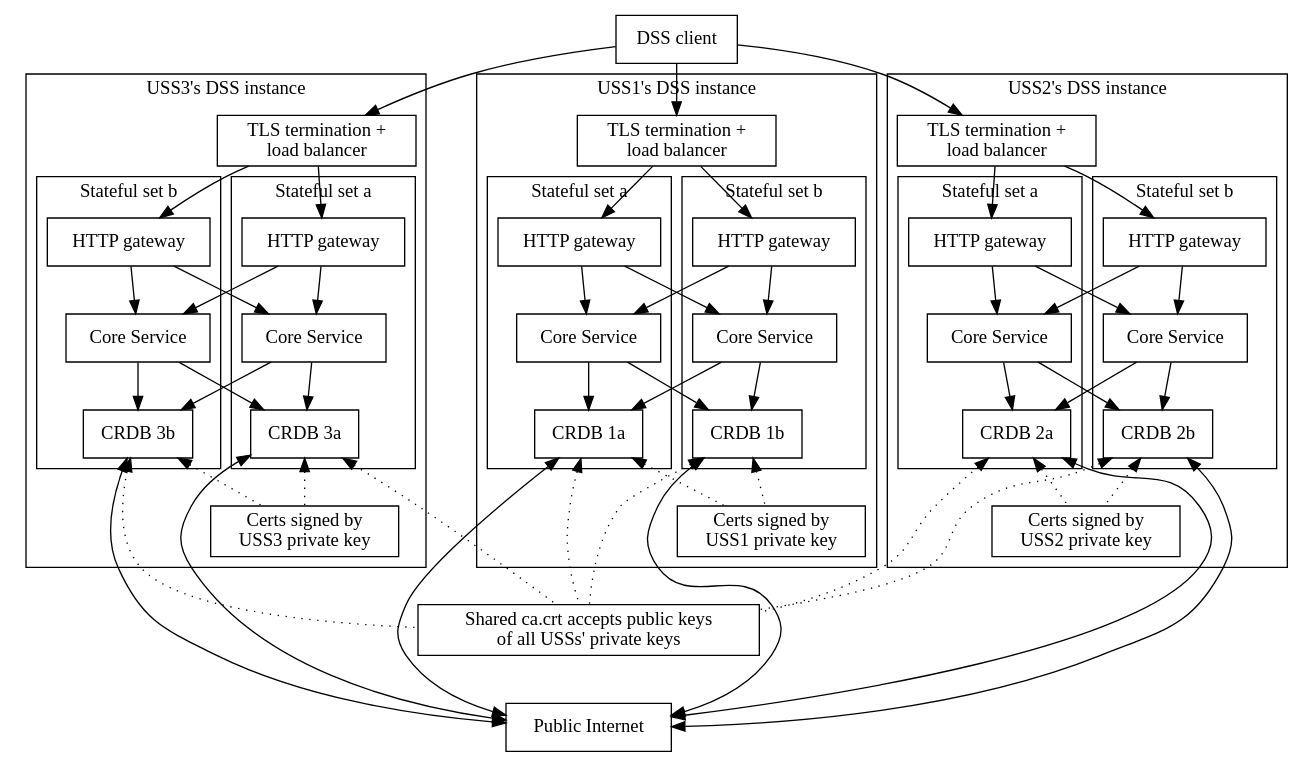
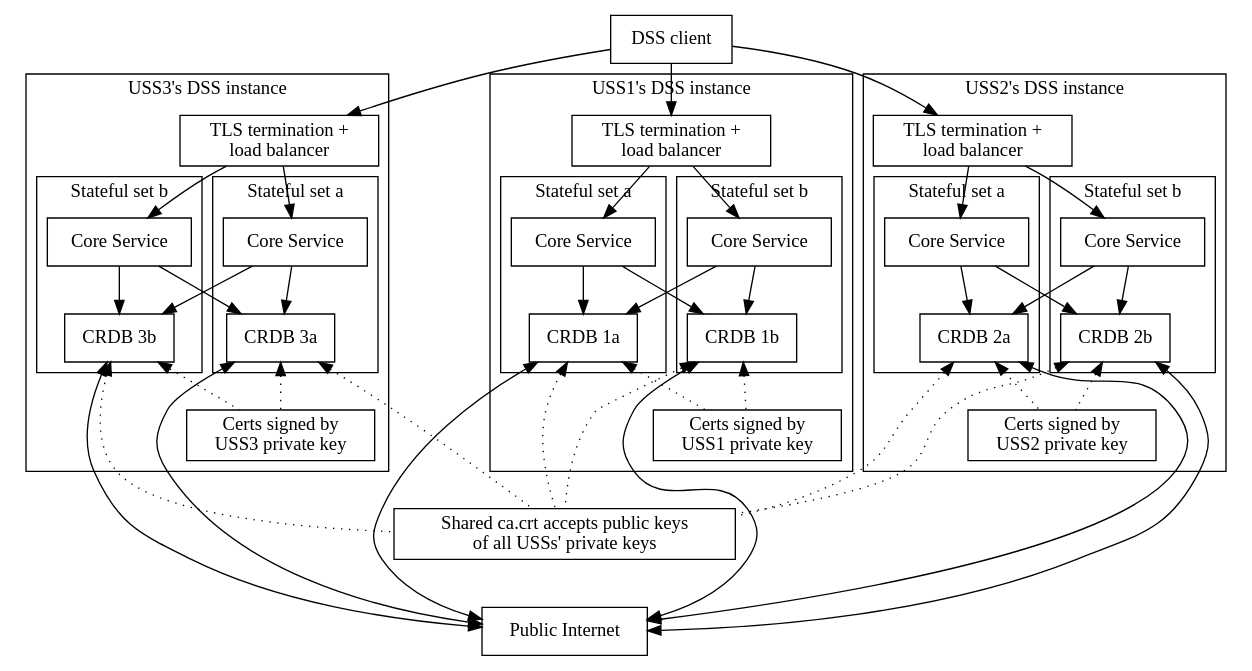
One commit to interuss/dss changed the diagram in assets/pool_architecture.gv. Above: the diagram before and after it, drawn with Graphviz. The commit also changed 124 other files, not shown here.

First line of the commit message:
[dss/architecture] Remove gRPC layer (#905)

```diff
--- a/assets/pool_architecture.gv
+++ b/assets/pool_architecture.gv
@@ -1,114 +1,108 @@
 // To render:
 //   dot -Tpng -ogenerated/pool_architecture.png pool_architecture.gv
 digraph G {
     node [shape=box];
 
     DSSClient [label="DSS client"]
 
     LoadBalancer1 [label="TLS termination +\nload balancer"]
-    HTTPGateway1a [label="HTTP gateway"];
-    HTTPGateway1b [label="HTTP gateway"];
     CoreService1a [label="Core Service"];
     CoreService1b [label="Core Service"];
     CRDB1a [label="CRDB 1a"];
     CRDB1b [label="CRDB 1b"];
     PrivateKey1 [label="Certs signed by\nUSS1 private key"]
 
     LoadBalancer2 [label="TLS termination +\nload balancer"]
-    HTTPGateway2a [label="HTTP gateway"];
-    HTTPGateway2b [label="HTTP gateway"];
     CoreService2a [label="Core Service"];
     CoreService2b [label="Core Service"];
     CRDB2a [label="CRDB 2a"];
     CRDB2b [label="CRDB 2b"];
     PrivateKey2 [label="Certs signed by\nUSS2 private key"]
 
     LoadBalancer3 [label="TLS termination +\nload balancer"]
-    HTTPGateway3a [label="HTTP gateway"];
-    HTTPGateway3b [label="HTTP gateway"];
     CoreService3a [label="Core Service"];
     CoreService3b [label="Core Service"];
     CRDB3a [label="CRDB 3a"];
     CRDB3b [label="CRDB 3b"];
     PrivateKey3 [label="Certs signed by\nUSS3 private key"]
 
     Certs [label="Shared ca.crt accepts public keys\nof all USSs' private keys"];
     PublicInternet [label="Public Internet"];
 
     subgraph cluster_0 {
     label="USS1's DSS instance"
     subgraph cluster_1 {
     label="Stateful set a";
-    HTTPGateway1a -> CoreService1a -> CRDB1a;
+    CoreService1a -> CRDB1a;
     }
     subgraph cluster_2 {
     label="Stateful set b";
-    HTTPGateway1b -> CoreService1b -> CRDB1b;
+    CoreService1b -> CRDB1b;
     }
     CRDB1a -> PrivateKey1 [dir=back,style=dotted];
     CRDB1b -> PrivateKey1 [dir=back,style=dotted];
-    HTTPGateway1a -> CoreService1b -> CRDB1a;
-    HTTPGateway1b -> CoreService1a -> CRDB1b;
-    LoadBalancer1 -> HTTPGateway1a
-    LoadBalancer1 -> HTTPGateway1b
+    CoreService1b -> CRDB1a;
+    CoreService1a -> CRDB1b;
+    LoadBalancer1 -> CoreService1a
+    LoadBalancer1 -> CoreService1b
     }
 
     subgraph cluster_4 {
     label="USS2's DSS instance"
     subgraph cluster_5 {
     label="Stateful set a";
-    HTTPGateway2a -> CoreService2a -> CRDB2a;
+    CoreService2a -> CRDB2a;
     }
     subgraph cluster_6 {
     label="Stateful set b";
-    HTTPGateway2b -> CoreService2b -> CRDB2b;
+    CoreService2b -> CRDB2b;
     }
     CRDB2a -> PrivateKey2 [dir=back,style=dotted];
     CRDB2b -> PrivateKey2 [dir=back,style=dotted];
-    HTTPGateway2a -> CoreService2b -> CRDB2a;
-    HTTPGateway2b -> CoreService2a -> CRDB2b;
-    LoadBalancer2 -> HTTPGateway2a
-    LoadBalancer2 -> HTTPGateway2b
+    CoreService2b -> CRDB2a;
+    CoreService2a -> CRDB2b;
+    LoadBalancer2 -> CoreService2a
+    LoadBalancer2 -> CoreService2b
     }
 
     subgraph cluster_8 {
     label="USS3's DSS instance"
     subgraph cluster_9 {
     label="Stateful set a";
-    HTTPGateway3a -> CoreService3a -> CRDB3a;
+    CoreService3a -> CRDB3a;
     }
     subgraph cluster_10 {
     label="Stateful set b";
-    HTTPGateway3b -> CoreService3b -> CRDB3b;
+    CoreService3b -> CRDB3b;
     }
     CRDB3a -> PrivateKey3 [dir=back,style=dotted];
     CRDB3b -> PrivateKey3 [dir=back,style=dotted];
-    HTTPGateway3a -> CoreService3b -> CRDB3a;
-    HTTPGateway3b -> CoreService3a -> CRDB3b;
-    LoadBalancer3 -> HTTPGateway3a
-    LoadBalancer3 -> HTTPGateway3b
+    CoreService3b -> CRDB3a;
+    CoreService3a -> CRDB3b;
+    LoadBalancer3 -> CoreService3a
+    LoadBalancer3 -> CoreService3b
     }
 
     DSSClient -> LoadBalancer1;
     DSSClient -> LoadBalancer2;
     DSSClient -> LoadBalancer3;
 
     CRDB1a -> Certs [dir=back,style=dotted];
     CRDB1b -> Certs [dir=back,style=dotted];
     CRDB2a -> Certs [dir=back,style=dotted];
     CRDB2b -> Certs [dir=back,style=dotted];
     CRDB3a -> Certs [dir=back,style=dotted];
     CRDB3b -> Certs [dir=back,style=dotted];
 
     CRDB1a -> PublicInternet [dir=both];
     CRDB1b -> PublicInternet [dir=both];
     CRDB2a -> PublicInternet [dir=both];
     CRDB2b -> PublicInternet [dir=both];
     CRDB3a -> PublicInternet [dir=both];
     CRDB3b -> PublicInternet [dir=both];
 
     PrivateKey1 -> Certs [dir=none,color=transparent];
     PrivateKey2 -> Certs [dir=none,color=transparent];
     PrivateKey3 -> Certs [dir=none,color=transparent];
     Certs -> PublicInternet [dir=none,color=transparent];
 }
```
